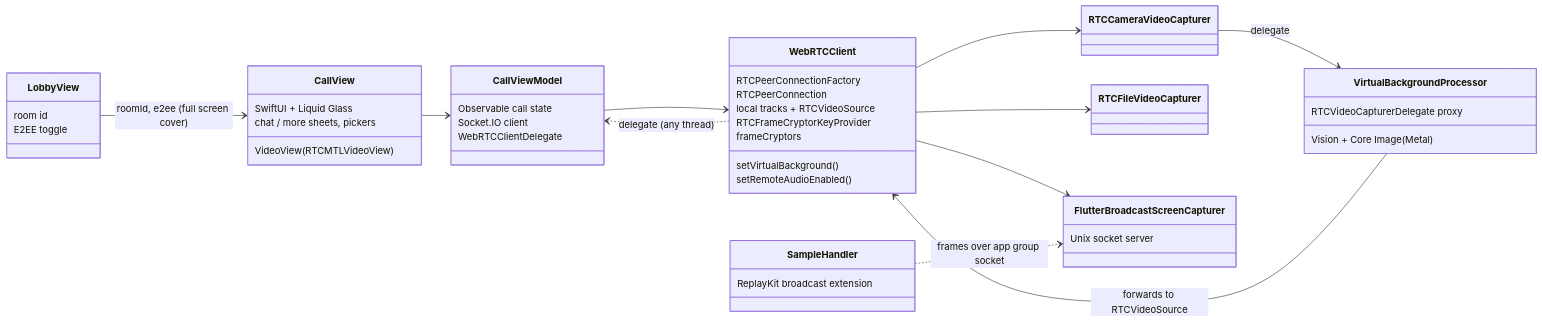
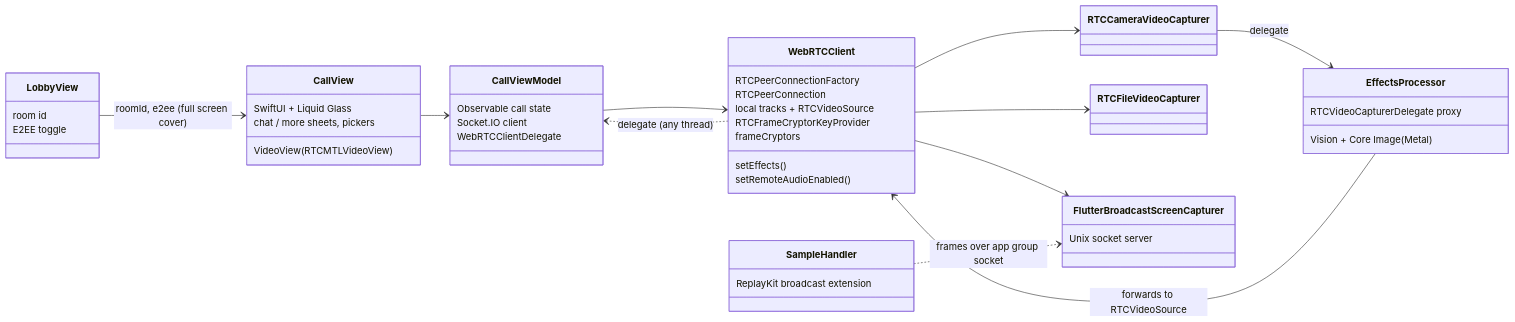
The ninth of 18 diagrams in ARCHITECTURE.md (maitrungduc1410/WebRTC-Demo), drawn with Mermaid before and after one commit. The commit also changed other lines of this file and 80 other files, not shown here.

First line of the commit message:
feat: add backgrounds and face stickers on all platforms Replace the single virtual background with a "Backgrounds and effects" picker on web, Android and iOS: none, two blur levels, pictures, looping videos and face-tracked stickers, with a live preview.

````diff
--- a/ARCHITECTURE.md
+++ b/ARCHITECTURE.md
@@ -437,50 +454,50 @@
 ```mermaid
 classDiagram
     direction LR
     class LobbyView {
         room id
         E2EE toggle
     }
     class CallView {
         SwiftUI + Liquid Glass
         VideoView (RTCMTLVideoView)
         chat / more sheets, pickers
     }
     class CallViewModel {
         Observable call state
         Socket.IO client
         WebRTCClientDelegate
     }
     class WebRTCClient {
         RTCPeerConnectionFactory
         RTCPeerConnection
         local tracks + RTCVideoSource
         RTCFrameCryptorKeyProvider
         frameCryptors
-        setVirtualBackground()
+        setEffects()
         setRemoteAudioEnabled()
     }
-    class VirtualBackgroundProcessor {
+    class EffectsProcessor {
         RTCVideoCapturerDelegate proxy
         Vision + Core Image (Metal)
     }
     class RTCCameraVideoCapturer
     class RTCFileVideoCapturer
     class FlutterBroadcastScreenCapturer {
         Unix socket server
     }
     class SampleHandler {
         ReplayKit broadcast extension
     }
 
     LobbyView --> CallView : roomId, e2ee (full screen cover)
     CallView --> CallViewModel
     CallViewModel --> WebRTCClient
     WebRTCClient ..> CallViewModel : delegate (any thread)
     WebRTCClient --> RTCCameraVideoCapturer
-    RTCCameraVideoCapturer --> VirtualBackgroundProcessor : delegate
-    VirtualBackgroundProcessor --> WebRTCClient : forwards to RTCVideoSource
+    RTCCameraVideoCapturer --> EffectsProcessor : delegate
+    EffectsProcessor --> WebRTCClient : forwards to RTCVideoSource
     WebRTCClient --> RTCFileVideoCapturer
     WebRTCClient --> FlutterBroadcastScreenCapturer
     SampleHandler ..> FlutterBroadcastScreenCapturer : frames over app group socket
 ```
````
